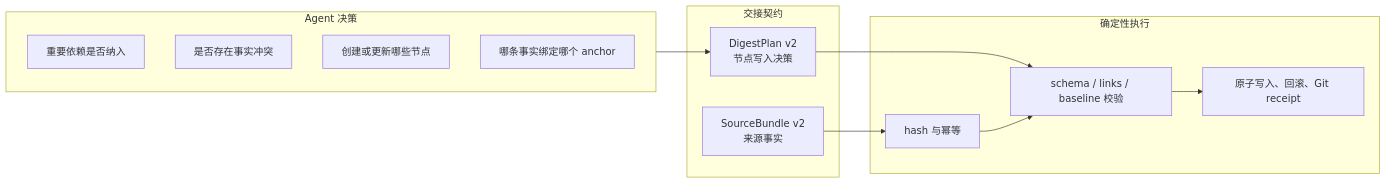
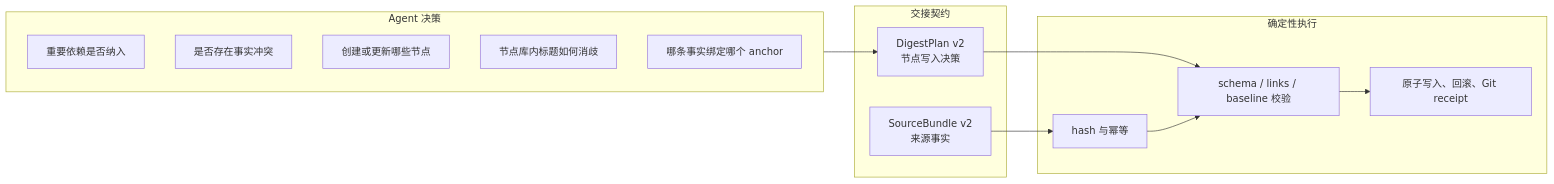
Before and after one commit to ranjiao/byteworker: the sixth of 19 diagrams in docs/development/ARCHITECTURE.md, drawn with Mermaid. The commit also changed other lines of this file and 7 other files, not shown here.

````diff
--- a/docs/development/ARCHITECTURE.md
+++ b/docs/development/ARCHITECTURE.md
@@ -220,25 +220,26 @@
 ```mermaid
 flowchart LR
     subgraph Semantic["Agent 决策"]
         S1["重要依赖是否纳入"]
         S2["是否存在事实冲突"]
         S3["创建或更新哪些节点"]
+        S3a["节点库内标题如何消歧"]
         S4["哪条事实绑定哪个 anchor"]
     end
 
     subgraph Contract["交接契约"]
         B["SourceBundle v2<br/>来源事实"]
         P["DigestPlan v2<br/>节点写入决策"]
     end
 
     subgraph Deterministic["确定性执行"]
         H["hash 与幂等"]
         V["schema / links / baseline 校验"]
         X["原子写入、回滚、Git receipt"]
     end
 
     Semantic --> P
     B --> H
     P --> V
     H --> V --> X
 ```
````
